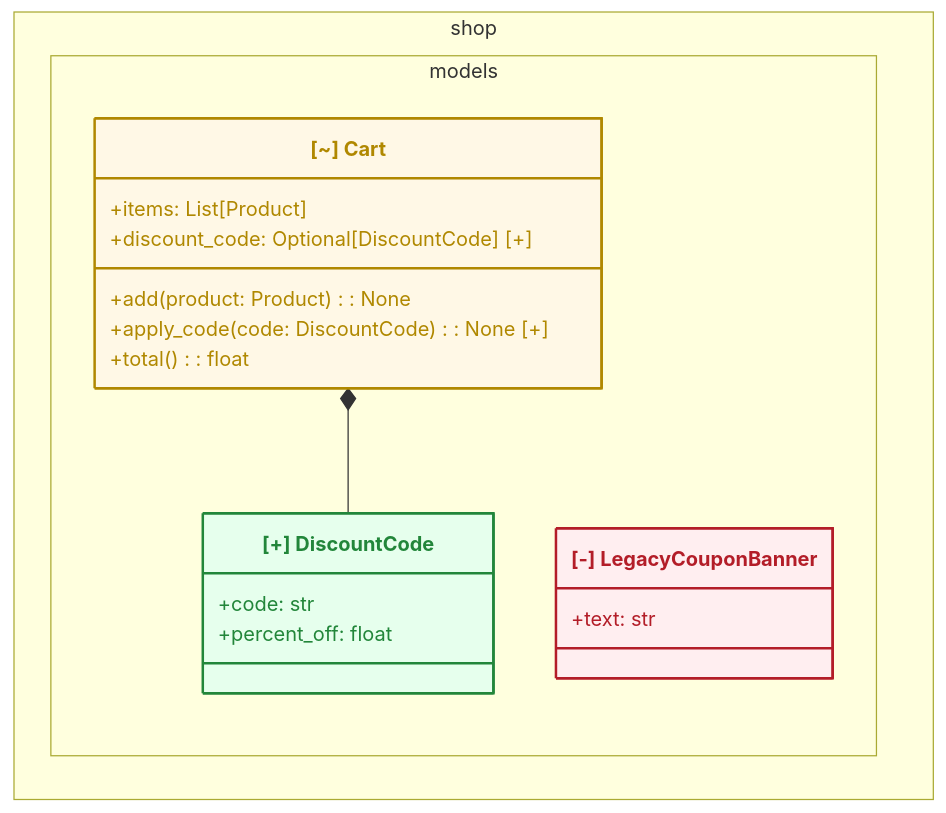
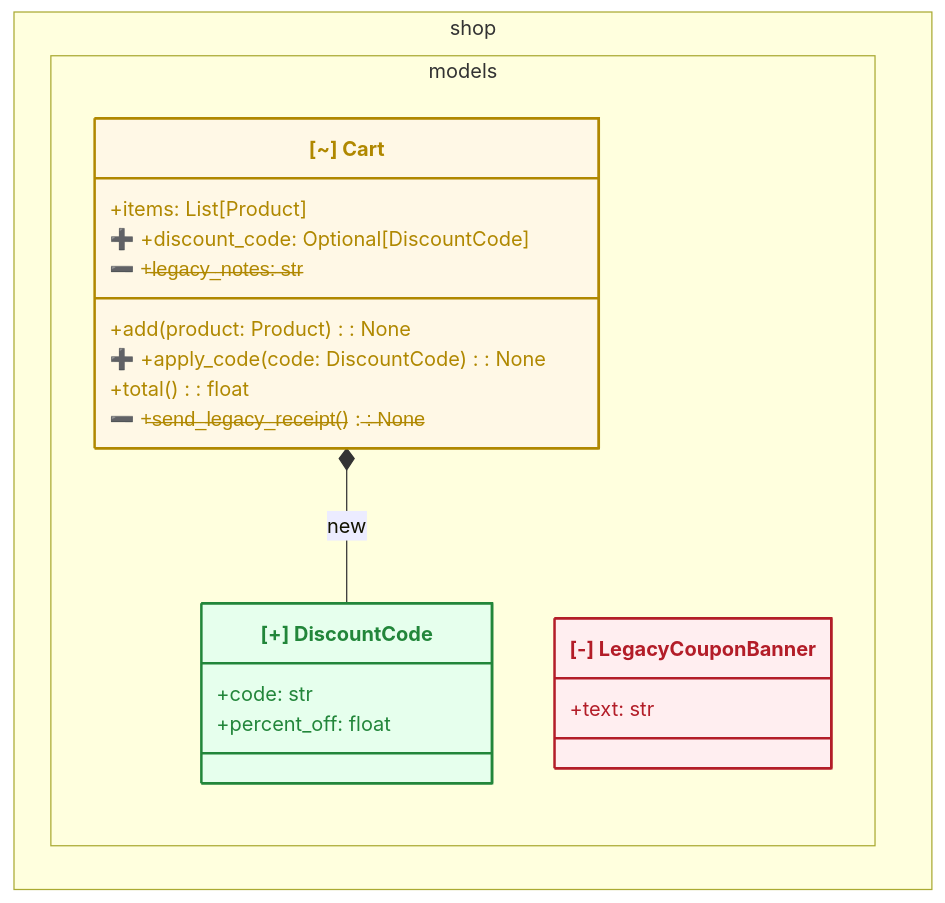
The diagram in README.md (t29mato/design-diff), drawn with Mermaid before and after one commit. The commit also changed other lines of this file and 6 other files, not shown here.

````diff
--- a/README.md
+++ b/README.md
@@ -25,23 +25,25 @@
 ```mermaid
 classDiagram
     namespace shop.models {
         class shop_models_Cart["[~] Cart"] {
             +items: List[Product]
-            +discount_code: Optional[DiscountCode]  [+]
+            ➕ +discount_code: Optional[DiscountCode]
+            ➖ +̶l̶e̶g̶a̶c̶y̶_̶n̶o̶t̶e̶s̶:̶ ̶s̶t̶r̶
             +add(product: Product): None
-            +apply_code(code: DiscountCode): None  [+]
+            ➕ +apply_code(code: DiscountCode): None
             +total(): float
+            ➖ +̶s̶e̶n̶d̶_̶l̶e̶g̶a̶c̶y̶_̶r̶e̶c̶e̶i̶p̶t̶(̶)̶:̶ ̶N̶o̶n̶e̶
         }
         class shop_models_DiscountCode["[+] DiscountCode"] {
             +code: str
             +percent_off: float
         }
         class shop_models_LegacyCouponBanner["[-] LegacyCouponBanner"] {
             +text: str
         }
     }
     style shop_models_Cart fill:#fff8e6,stroke:#b08800,stroke-width:2px,color:#b08800
     style shop_models_DiscountCode fill:#e6ffed,stroke:#22863a,stroke-width:2px,color:#22863a
     style shop_models_LegacyCouponBanner fill:#ffeef0,stroke:#b31d28,stroke-width:2px,color:#b31d28
-    shop_models_Cart *-- shop_models_DiscountCode
+    shop_models_Cart *-- shop_models_DiscountCode : new
 ```
````
